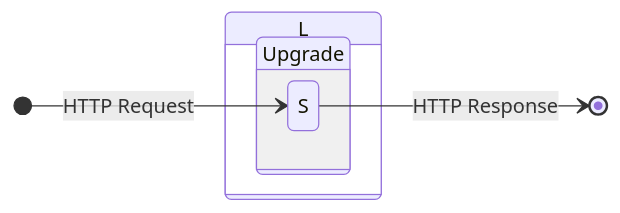
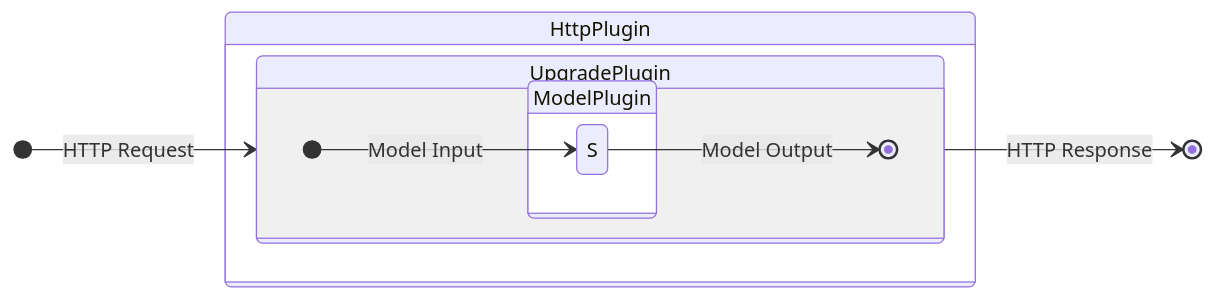
One commit to smithy-lang/smithy-rs changed the second of 5 diagrams in design/src/server/anatomy.md. Above: the diagram before and after it, drawn with Mermaid. The commit also changed other lines of this file, not shown here.

````diff
--- a/design/src/server/anatomy.md
+++ b/design/src/server/anatomy.md
@@ -308,11 +261,16 @@
 ```mermaid
 stateDiagram-v2
     direction LR
-    [*] --> S: HTTP Request
-    state L {
-        state Upgrade {
-            S
+    [*] --> UpgradePlugin: HTTP Request
+    state HttpPlugin {
+        state UpgradePlugin {
+            direction LR
+            [*] --> S: Model Input
+            S --> [*] : Model Output
+            state ModelPlugin {
+                S
+            }
         }
     }
-    S --> [*]: HTTP Response
+    UpgradePlugin --> [*]: HTTP Response
 ```
````
